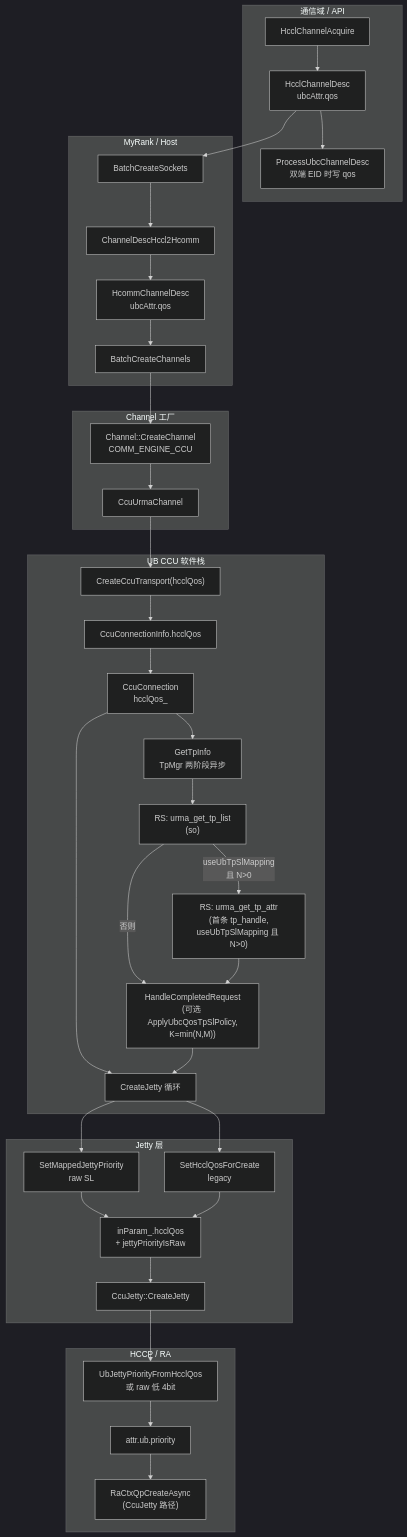
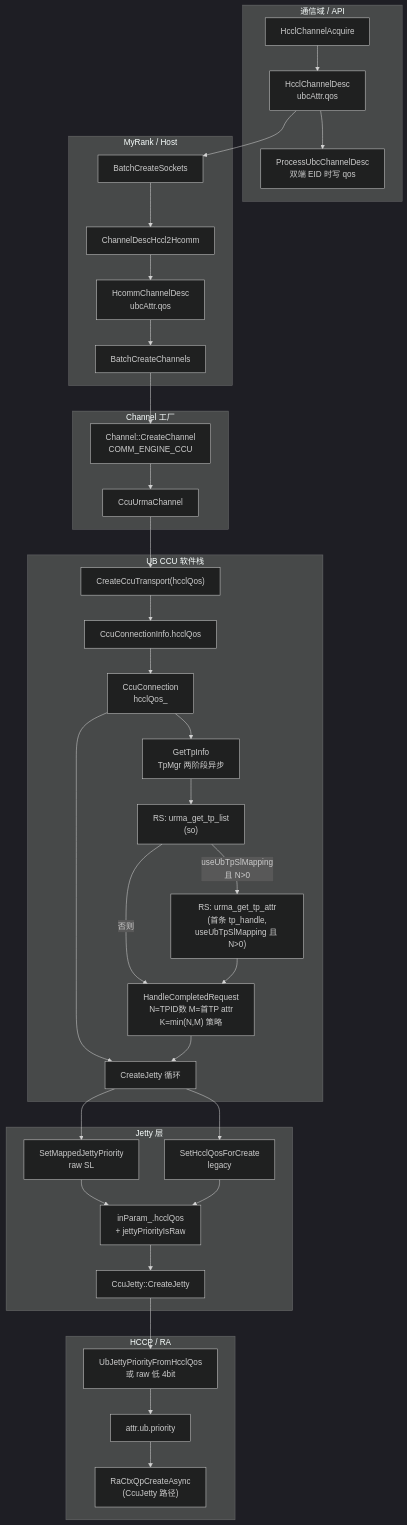
The first of 2 diagrams in docs/ccu_ubc_qos_to_jetty_priority_flow.md (libochao-huawei/hcomm), drawn with Mermaid (dark theme) before and after one commit. The commit also changed other lines of this file, not shown here.

````diff
--- a/docs/ccu_ubc_qos_to_jetty_priority_flow.md
+++ b/docs/ccu_ubc_qos_to_jetty_priority_flow.md
@@ -195,62 +207,62 @@
 ```mermaid
 flowchart TB
     subgraph Comm["通信域 / API"]
         HCA["HcclChannelAcquire"]
         HCD["HcclChannelDesc\nubcAttr.qos"]
         PUBC["ProcessUbcChannelDesc\n双端 EID 时写 qos"]
     end
 
     subgraph Rank["MyRank / Host"]
         BCS["BatchCreateSockets"]
         C2H["ChannelDescHccl2Hcomm"]
         HcommD["HcommChannelDesc\nubcAttr.qos"]
         BCC["BatchCreateChannels"]
     end
 
     subgraph Factory["Channel 工厂"]
         CH["Channel::CreateChannel\nCOMM_ENGINE_CCU"]
         CUR["CcuUrmaChannel"]
     end
 
     subgraph UBStack["UB CCU 软件栈"]
         CCT["CreateCcuTransport(hcclQos)"]
         CCI["CcuConnectionInfo.hcclQos"]
         CC["CcuConnection\nhcclQos_"]
         GTI["GetTpInfo\nTpMgr 两阶段异步"]
         URMA["RS: urma_get_tp_list\n(so)"]
         GATTR["RS: urma_get_tp_attr\n(首条 tp_handle,\nuseUbTpSlMapping 且 N>0)"]
-        POL["HandleCompletedRequest\n(可选 ApplyUbcQosTpSlPolicy,\nK=min(N,M))"]
+        POL["HandleCompletedRequest\nN=TPID数 M=首TP attr\nK=min(N,M) 策略"]
         CJ["CreateJetty 循环"]
     end
 
     subgraph Jetty["Jetty 层"]
         JMAP["SetMappedJettyPriority\nraw SL"]
         JLEG["SetHcclQosForCreate\nlegacy"]
         INP["inParam_.hcclQos\n+ jettyPriorityIsRaw"]
         JCR["CcuJetty::CreateJetty"]
     end
 
     subgraph Adapter["HCCP / RA"]
         HCP["UbJettyPriorityFromHcclQos\n或 raw 低 4bit"]
         PRI["attr.ub.priority"]
         RA["RaCtxQpCreateAsync\n(CcuJetty 路径)"]
     end
 
     HCA --> HCD
     HCD --> PUBC
     HCD --> BCS
     BCS --> C2H --> HcommD
     HcommD --> BCC --> CH --> CUR
     CUR --> CCT --> CCI --> CC
     CC --> GTI --> URMA
     URMA -->|useUbTpSlMapping\n且 N>0| GATTR
     URMA -->|否则| POL
     GATTR --> POL
     CC --> CJ
     POL --> CJ
     CJ --> JMAP
     CJ --> JLEG
     JMAP --> INP --> JCR
     JLEG --> INP
     JCR --> HCP --> PRI --> RA
 ```
````
